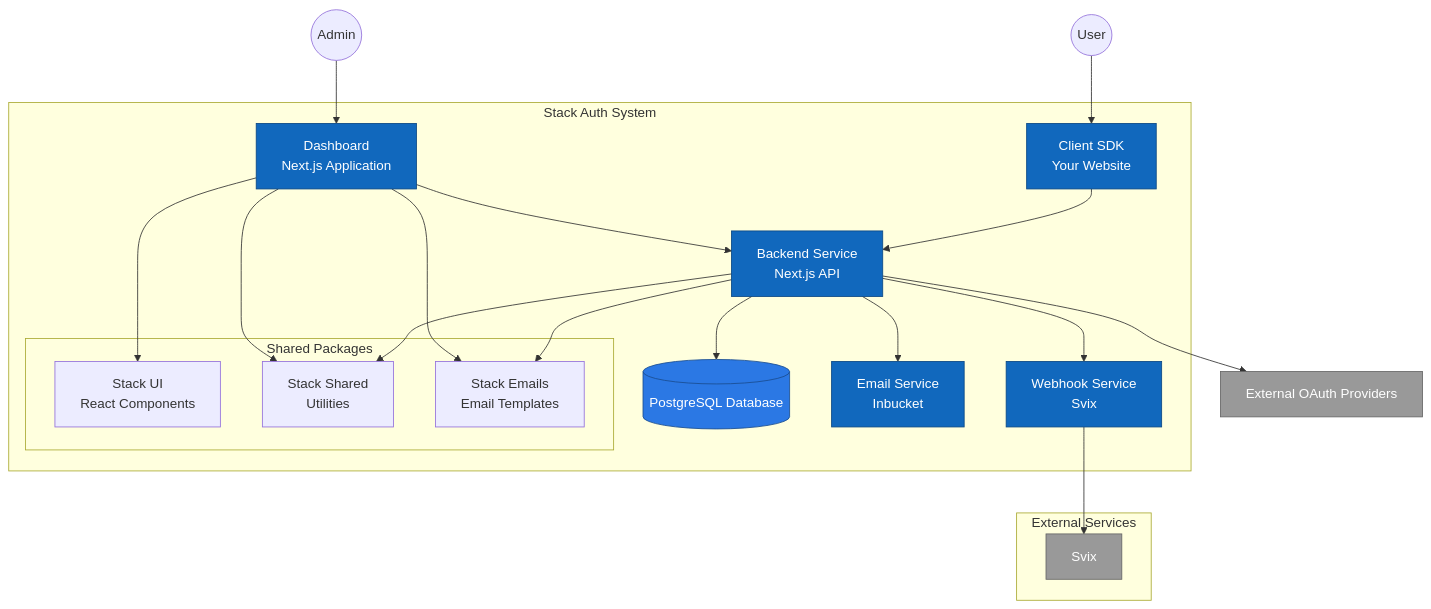
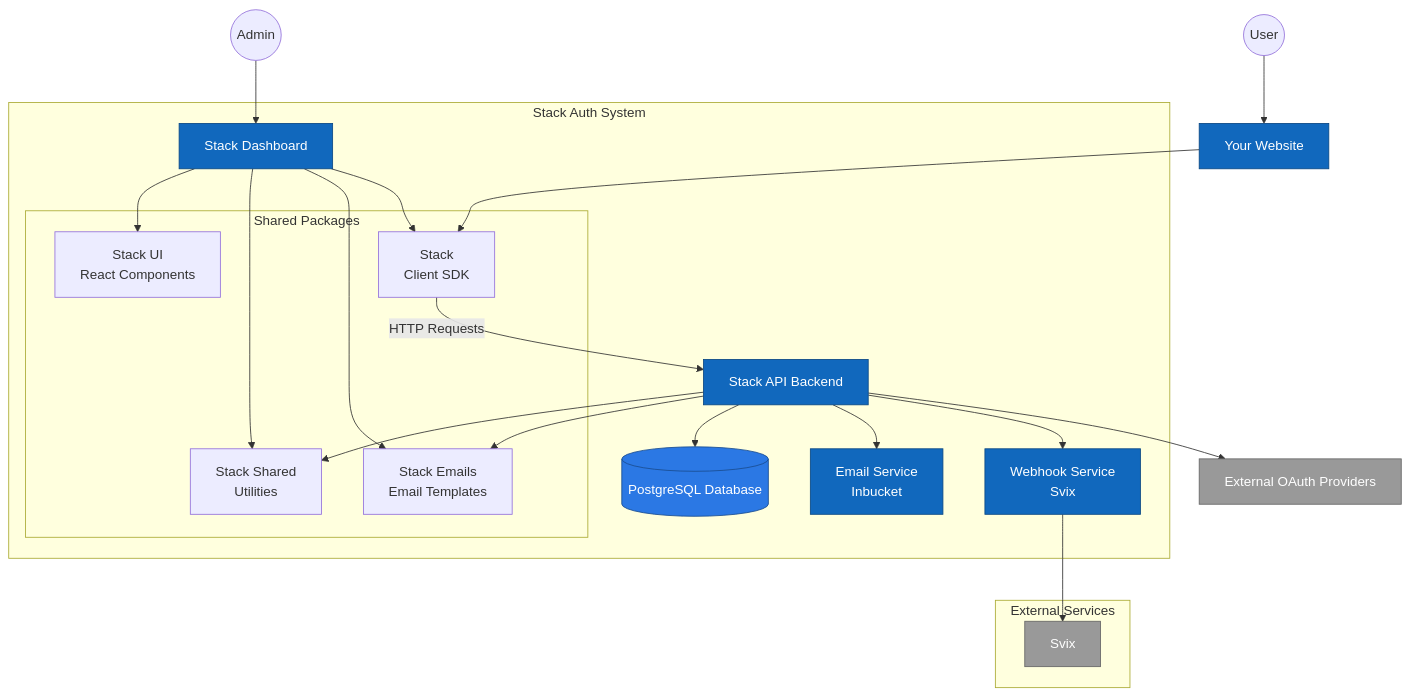
Before and after one commit to stack-auth/stack: the diagram in README.md, drawn with Mermaid.

````diff
--- a/README.md
+++ b/README.md
@@ -148,43 +148,45 @@
 ```mermaid
   graph TB
       User((User))
       Admin((Admin))
       subgraph "Stack Auth System"
-          Client[Client SDK<br/>Your Website]
-          Dashboard[Dashboard<br/>Next.js Application]
-          Backend[Backend Service<br/>Next.js API]
+          Dashboard[Stack Dashboard]
+          Backend[Stack API Backend]
           Database[(PostgreSQL Database)]
           EmailService[Email Service<br/>Inbucket]
           WebhookService[Webhook Service<br/>Svix]
           subgraph "Shared Packages"
+              StackSDK[Stack<br/>Client SDK]
               StackUI[Stack UI<br/>React Components]
               StackShared[Stack Shared<br/>Utilities]
               StackEmails[Stack Emails<br/>Email Templates]
           end
       end
+      Website[Your Website]
       ExternalOAuth[External OAuth Providers]
       Admin --> Dashboard
-      Dashboard --> Backend
-      User --> Client
-      Client --> Backend
+      User --> Website
+      Website --> StackSDK
       Backend --> Database
       Backend --> EmailService
       Backend --> WebhookService
       Backend --> ExternalOAuth
       Dashboard --> StackUI
       Dashboard --> StackShared
       Dashboard --> StackEmails
+      Dashboard --> StackSDK
+      StackSDK --HTTP Requests--> Backend
       Backend --> StackShared
       Backend --> StackEmails
       subgraph "External Services"
           Svix[Svix]
           WebhookService --> Svix
       end
       classDef container fill:#1168bd,stroke:#0b4884,color:#ffffff
       classDef database fill:#2b78e4,stroke:#1a4d91,color:#ffffff
       classDef external fill:#999999,stroke:#666666,color:#ffffff
       classDef deprecated stroke-dasharray: 5 5
-      class Dashboard,Backend,Client,EmailService,WebhookService container
+      class Dashboard,Backend,EmailService,WebhookService,Website container
       class Database database
       class ExternalOAuth,Svix external
 ```
````
